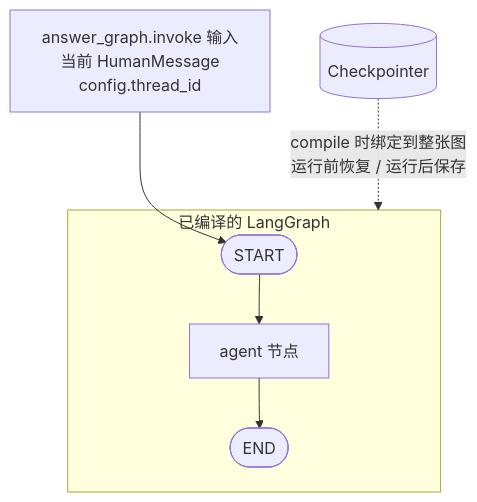
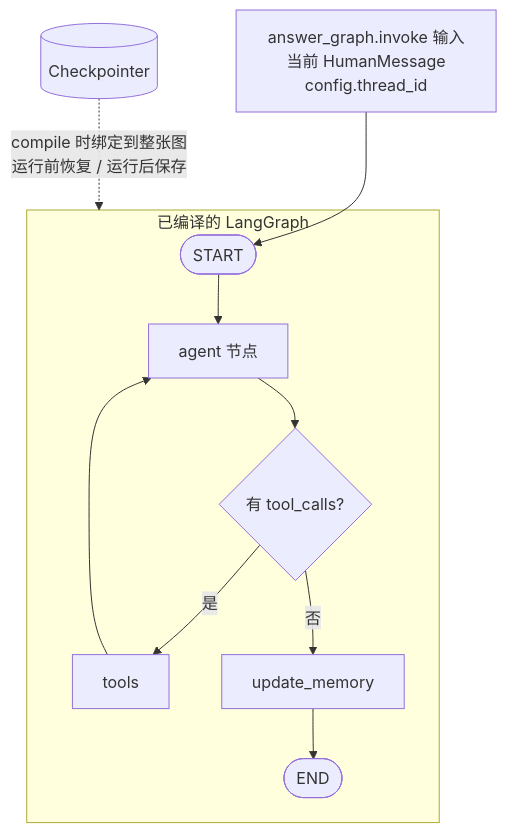
The first of 4 diagrams in langchain_memory/README.md (softarts/enterpriseAI-knowledge), drawn with Mermaid before and after one commit. The commit also changed other lines of this file and 10 other files, not shown here.

````diff
--- a/langchain_memory/README.md
+++ b/langchain_memory/README.md
@@ -7,9 +23,13 @@
 ```mermaid
 flowchart TD
     Invoke[answer_graph.invoke 输入当前 HumanMessage<br/>config.thread_id] --> Start
     subgraph Graph[已编译的 LangGraph]
         Start([START]) --> Agent[agent 节点]
-        Agent --> End([END])
+        Agent --> Cond{有 tool_calls?}
+        Cond -->|是| Tools[tools]
+        Tools --> Agent
+        Cond -->|否| Update[update_memory]
+        Update --> End([END])
     end
     Checkpointer[(Checkpointer)] -. compile 时绑定到整张图<br/>运行前恢复 / 运行后保存 .-> Graph
 ```
````
